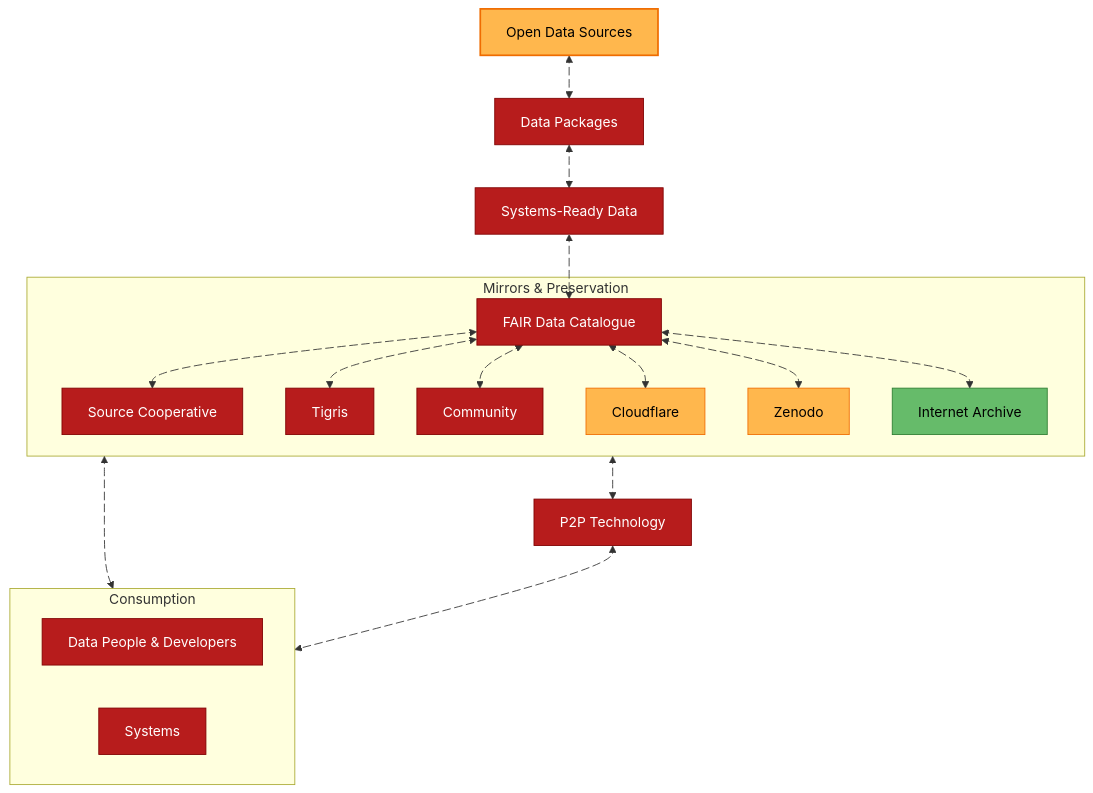
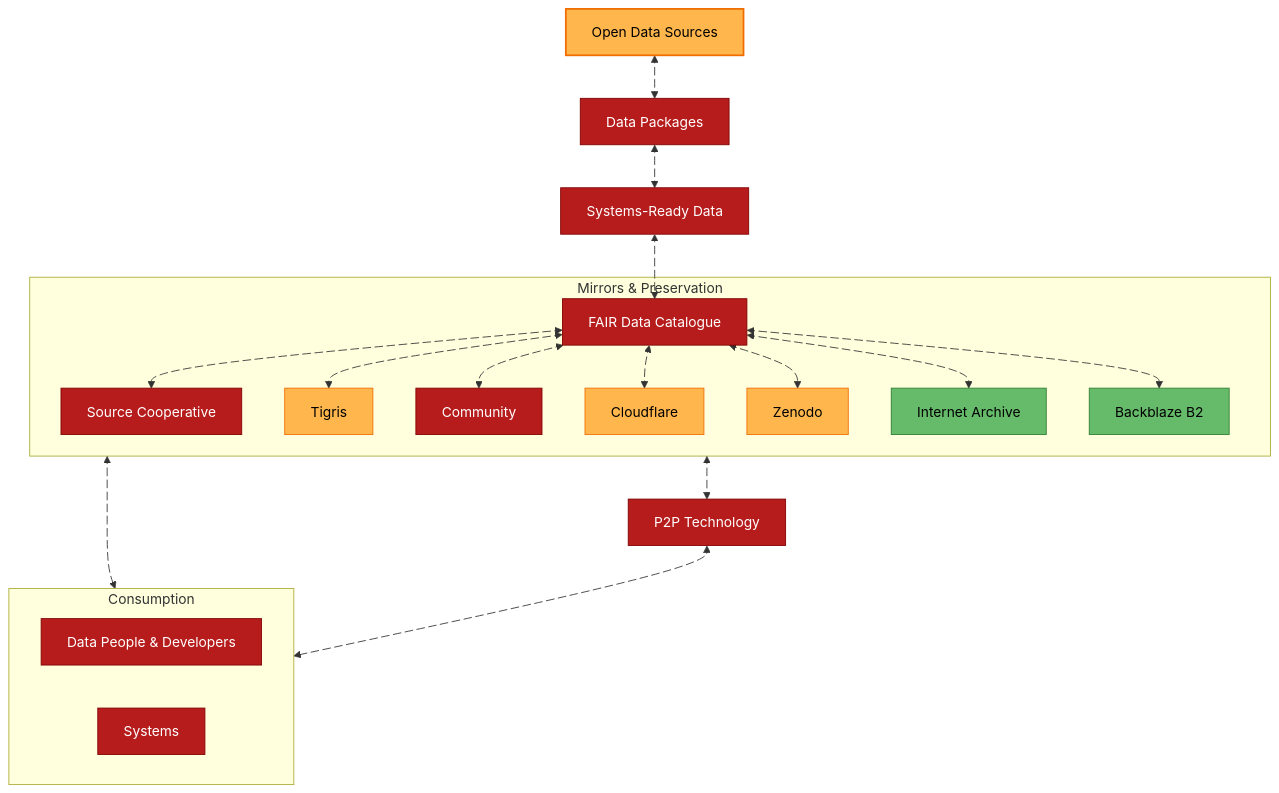
Before and after one commit to dataforcanada/www.dataforcanada.org: the first of 2 diagrams in content/docs/d4c-infra-distribution/_index.md, drawn with Mermaid. The commit also changed 1 other file, not shown here.

Commit message:
Update URLs, update high-level overview in data dissemination strategy

```diff
--- a/content/docs/d4c-infra-distribution/_index.md
+++ b/content/docs/d4c-infra-distribution/_index.md
@@ -21,6 +21,7 @@
         Cloudflare
         Zenodo[Zenodo]
         InternetArchive[Internet Archive]
+        BackblazeB2[Backblaze B2]
         Metadata[FAIR Data Catalogue]
     end
 
@@ -56,6 +57,8 @@
     a24@{animate: true, animation: fast}
     Metadata a25@<--> InternetArchive
     a25@{animate: true, animation: slow}
+    Metadata a26@<--> BackblazeB2
+    a26@{animate: true, animation: fast}
     
     %% Mirror Connections
     mirrors a12@<--> Consumers
@@ -80,24 +83,27 @@
     style Processes fill:#B71C1C,stroke:#7F0000,color:#FFFFFF
     class Processes Processes
     style SourceCoop fill:#B71C1C,stroke:#7F0000,color:#FFFFFF
-    style Tigris fill:#B71C1C,stroke:#7F0000,color:#FFFFFF
+    style Tigris fill:#FFB74D,stroke:#EF6C00,color:#000000
     style Cloudflare fill:#FFB74D,stroke:#EF6C00,color:#000000
     style Zenodo fill:#FFB74D,stroke:#EF6C00,color:#000000
     style Community fill:#B71C1C,stroke:#7F0000,color:#FFFFFF
     style P2P fill:#B71C1C,stroke:#7F0000,color:#FFFFFF
     style InternetArchive fill:#66BB6A,stroke:#2E7D32,color:#000000
+    style BackblazeB2 fill:#66BB6A,stroke:#2E7D32,color:#000000
     style Users fill:#B71C1C,stroke:#7F0000,color:#FFFFFF
     style Systems fill:#B71C1C,stroke:#7F0000,color:#FFFFFF
     
     %% Click Actions
 	click P2P "https://libp2p.io/" _blank
-    click Tigris "https://d4c-pkgs.t3.storage.dev/" _blank
+    click Cloudflare "https://s3.labs.dataforcanada.org/cloudflare-enam" _blank
+    click Tigris "https://s3.labs.dataforcanada.org/tigris/" _blank
     click Sources "https://www.dataforcanada.org/#high-level-overview" _blank
     click Processes "https://www.dataforcanada.org/docs/d4c-pkgs/" _blank
     click Metadata "https://stac-utils.github.io/stac-geoparquet/latest/spec/stac-geoparquet-spec/" _blank
     click Zenodo "https://zenodo.org/communities/dataforcanada/" _blank
-    click SourceCoop "https://source.coop/dataforcanada/" _blank
+    click SourceCoop "https://s3.labs.dataforcanada.org/sourcecooperative/" _blank
     click InternetArchive "https://archive.org/details/@diegoripley/uploads/" _blank
+    click BackblazeB2 "https://s3.labs.dataforcanada.org/backblaze-ca-east-006" _blank
 
     %% APPLY STYLES TO LINKED NODES
     class Sources linkNode
```
